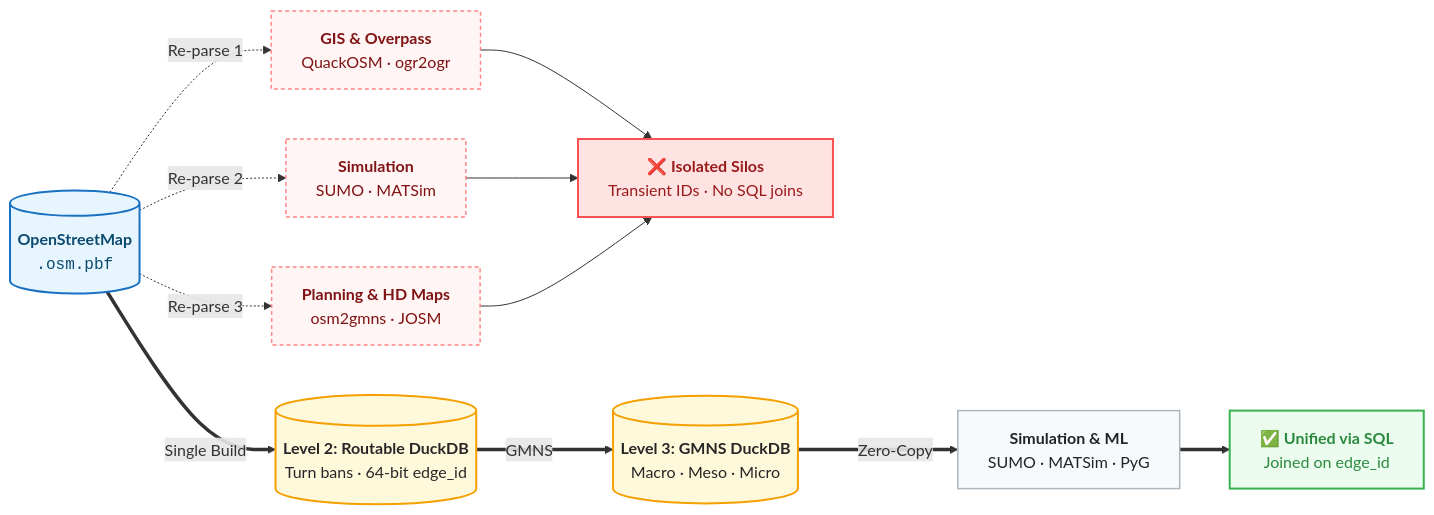
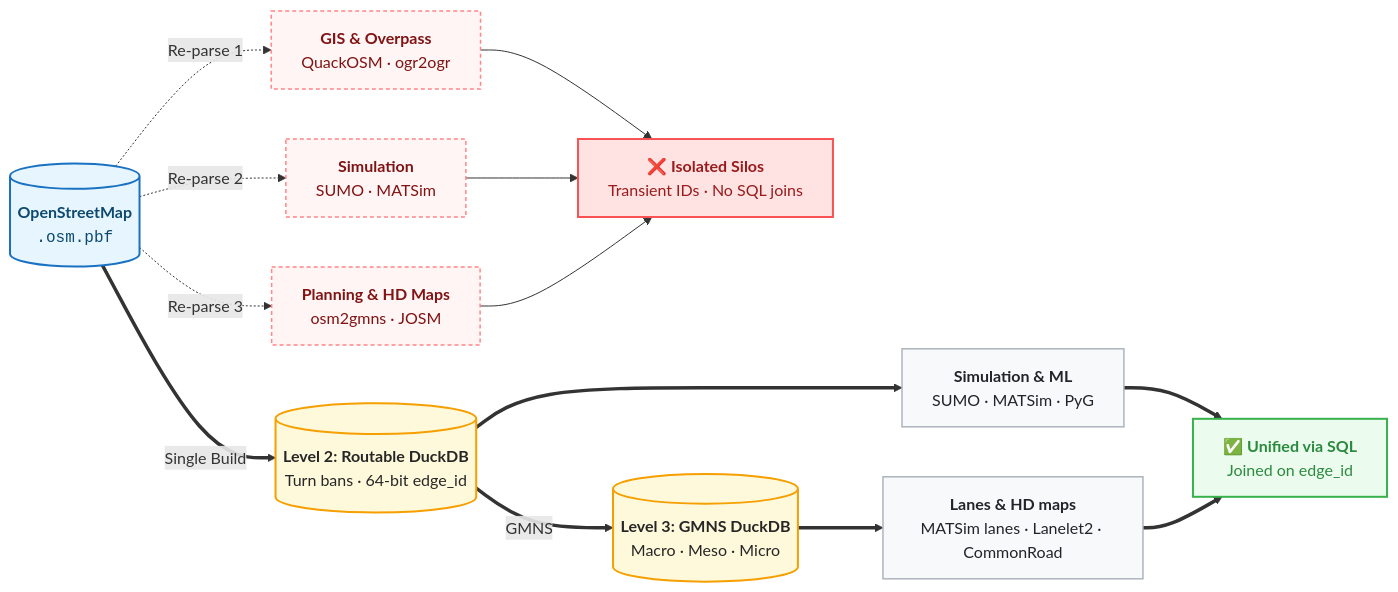
One commit to Khoshkhah/duckOSM changed the diagram in docs/compare/index.md. Above: the diagram before and after it, drawn with Mermaid. The commit also changed other lines of this file and 13 other files, not shown here.

````diff
--- a/docs/compare/index.md
+++ b/docs/compare/index.md
@@ -5,33 +5,35 @@
 ```mermaid
 flowchart LR
     PBF[("<b>OpenStreetMap</b><br/><code>.osm.pbf</code>")]
 
     %% Fragmented Legacy Branch
     PBF -.->|Re-parse 1| L1["<b>GIS & Overpass</b><br/>QuackOSM · ogr2ogr"]
     PBF -.->|Re-parse 2| L2["<b>Simulation</b><br/>SUMO · MATSim"]
     PBF -.->|Re-parse 3| L3["<b>Planning & HD Maps</b><br/>osm2gmns · JOSM"]
 
     L1 --> SILO["❌ <b>Isolated Silos</b><br/>Transient IDs · No SQL joins"]
     L2 --> SILO
     L3 --> SILO
 
     %% duckOSM Unified Pipeline
     PBF ==>|Single Build| U1[("<b>Level 2: Routable DuckDB</b><br/>Turn bans · 64-bit edge_id")]
     U1 ==>|GMNS| U2[("<b>Level 3: GMNS DuckDB</b><br/>Macro · Meso · Micro")]
-    U2 ==>|Zero-Copy| U3["<b>Simulation & ML</b><br/>SUMO · MATSim · PyG"]
+    U1 ==> U3["<b>Simulation & ML</b><br/>SUMO · MATSim · PyG"]
+    U2 ==> U4["<b>Lanes & HD maps</b><br/>MATSim lanes · Lanelet2 · CommonRoad"]
     U3 ==> JOIN["✅ <b>Unified via SQL</b><br/>Joined on edge_id"]
+    U4 ==> JOIN
 
     classDef pbf fill:#e7f5ff,stroke:#1971c2,stroke-width:2px,color:#0c4a6e
     classDef legacy fill:#fff5f5,stroke:#ff8787,stroke-width:1.5px,stroke-dasharray: 4 3,color:#801313
     classDef silo fill:#ffe3e3,stroke:#fa5252,stroke-width:2px,color:#991b1b
     classDef duckdb fill:#fff9db,stroke:#f59f00,stroke-width:2px,color:#262626
     classDef export fill:#f8f9fa,stroke:#adb5bd,stroke-width:1.5px,color:#212529
     classDef success fill:#ebfbee,stroke:#37b24d,stroke-width:2px,color:#2b8a3e
 
     class PBF pbf
     class L1,L2,L3 legacy
     class SILO silo
     class U1,U2 duckdb
-    class U3 export
+    class U3,U4 export
     class JOIN success
 ```
````
